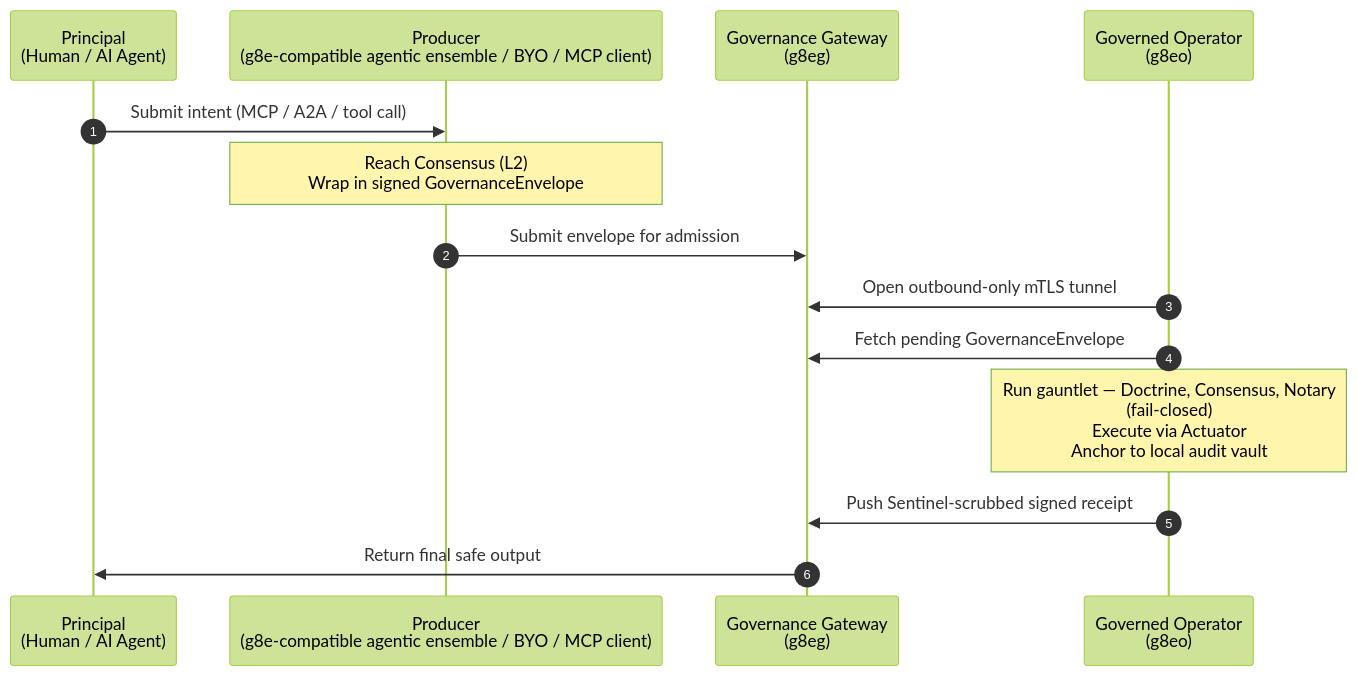
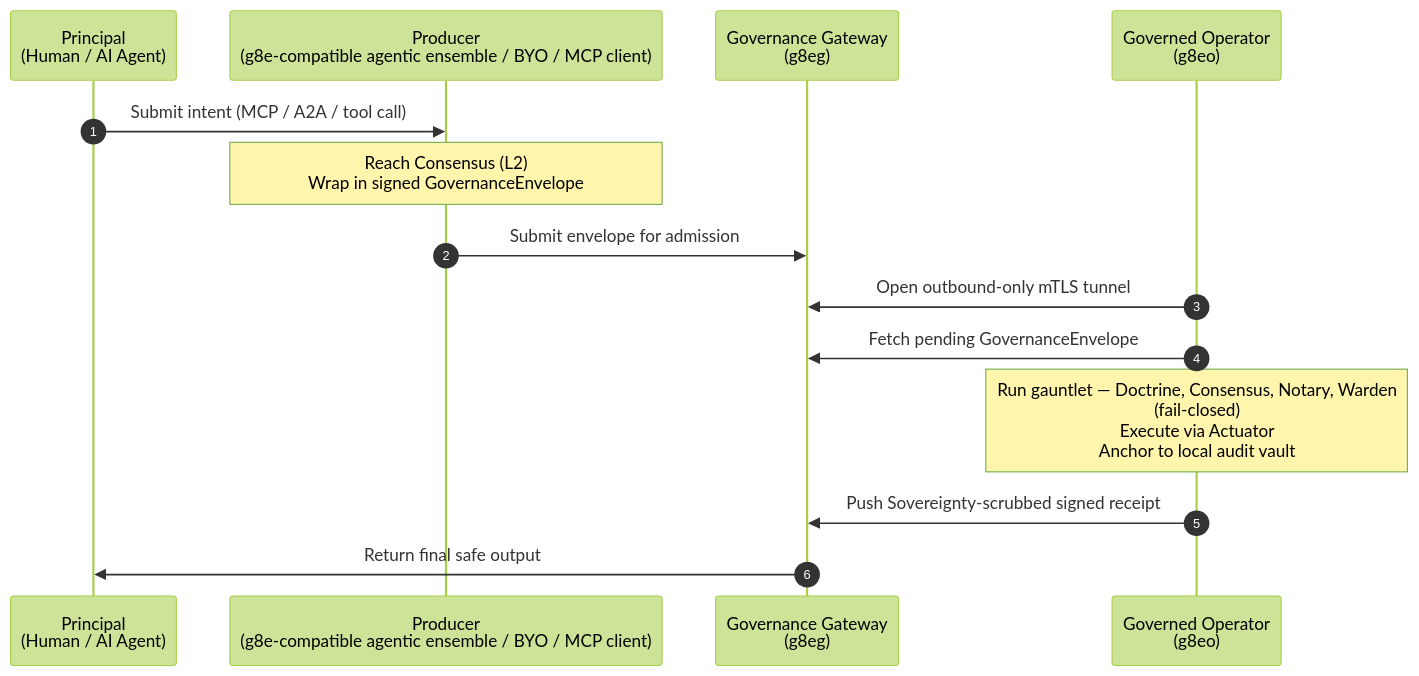
The first of 2 diagrams in README.md (g8e-ai/g8e), drawn with Mermaid (forest theme) before and after one commit. The commit also changed other lines of this file and 5 other files, not shown here.

````diff
--- a/README.md
+++ b/README.md
@@ -85,20 +87,20 @@
 ```mermaid
 sequenceDiagram
     autonumber
     participant Principal as Principal<br/>(Human / AI Agent)
     participant Ensemble as Producer<br/>(g8e-compatible agentic ensemble / BYO / MCP client)
     participant Gateway as Governance Gateway<br/>(g8eg)
     participant Operator as Governed Operator<br/>(g8eo)
 
     Principal->>Ensemble: Submit intent (MCP / A2A / tool call)
     Note over Ensemble: Reach Consensus (L2)<br/>Wrap in signed GovernanceEnvelope
     Ensemble->>Gateway: Submit envelope for admission
 
     Operator->>Gateway: Open outbound-only mTLS tunnel
     Operator->>Gateway: Fetch pending GovernanceEnvelope
 
-    Note over Operator: Run gauntlet — Doctrine, Consensus, Notary<br/>(fail-closed)<br/>Execute via Actuator<br/>Anchor to local audit vault
+    Note over Operator: Run gauntlet — Doctrine, Consensus, Notary, Warden<br/>(fail-closed)<br/>Execute via Actuator<br/>Anchor to local audit vault
 
-    Operator->>Gateway: Push Sentinel-scrubbed signed receipt
+    Operator->>Gateway: Push Sovereignty-scrubbed signed receipt
     Gateway->>Principal: Return final safe output
 ```
````
